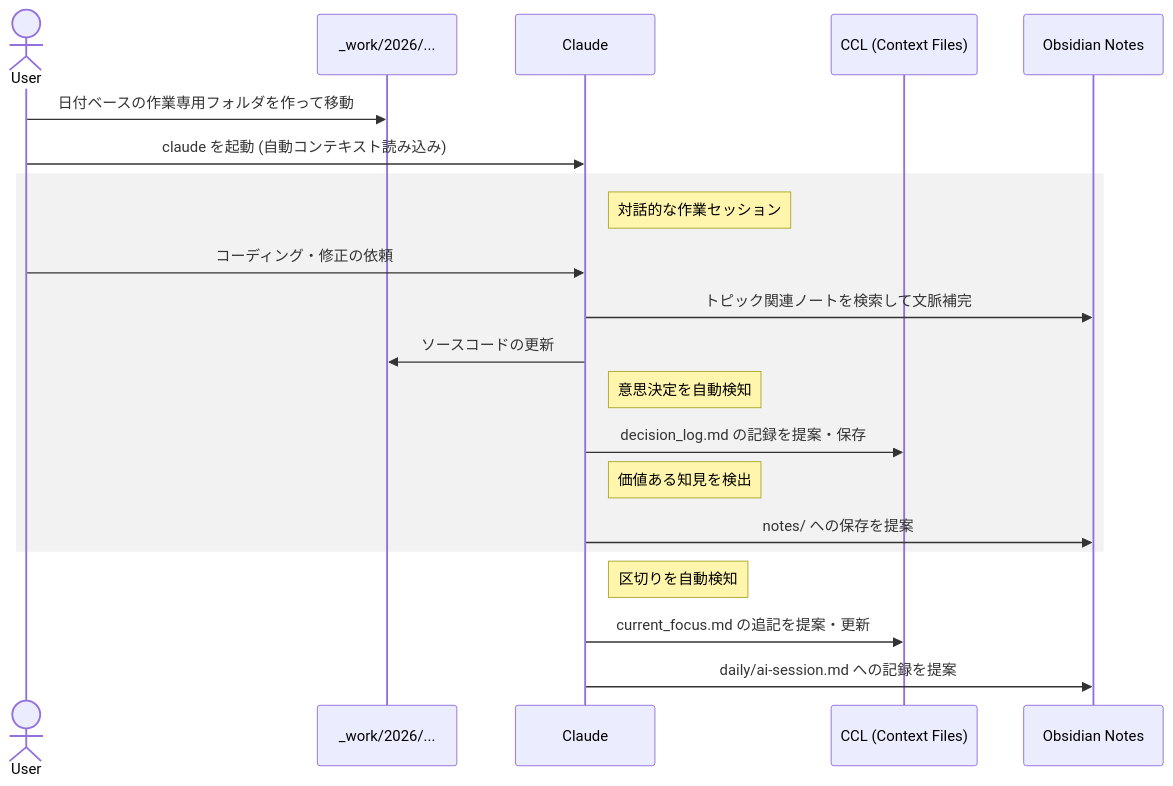
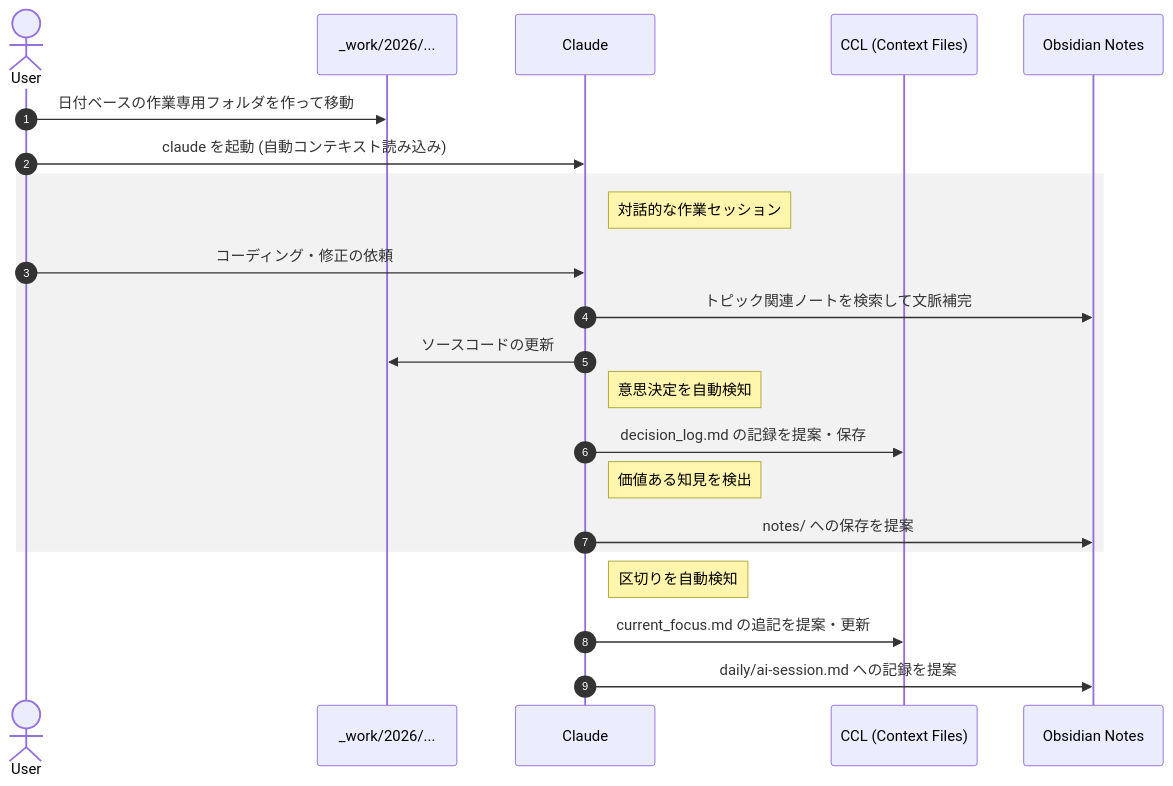
Before and after one commit to yt3trees/ai-collab-folder-structure: the second of 2 diagrams in README-ja.md, drawn with Mermaid. The commit also changed other lines of this file and 1 other file, not shown here.

````diff
--- a/README-ja.md
+++ b/README-ja.md
@@ -95,29 +100,30 @@
 ```mermaid
 sequenceDiagram
+    autonumber
     actor User
     participant Work as _work/2026/...
     participant Claude
     participant CCL as CCL (Context Files)
     participant Obsidian as Obsidian Notes
 
     User->>Work: 日付ベースの作業専用フォルダを作って移動
     User->>Claude: claude を起動 (自動コンテキスト読み込み)
 
     rect rgba(128, 128, 128, 0.1)
         Note right of Claude: 対話的な作業セッション
 
         User->>Claude: コーディング・修正の依頼
         Claude->>Obsidian: トピック関連ノートを検索して文脈補完
         Claude->>Work: ソースコードの更新
 
         Note right of Claude: 意思決定を自動検知
         Claude->>CCL: decision_log.md の記録を提案・保存
 
         Note right of Claude: 価値ある知見を検出
         Claude->>Obsidian: notes/ への保存を提案
     end
 
     Note right of Claude: 区切りを自動検知
     Claude->>CCL: current_focus.md の追記を提案・更新
     Claude->>Obsidian: daily/ai-session.md への記録を提案
 ```
````
